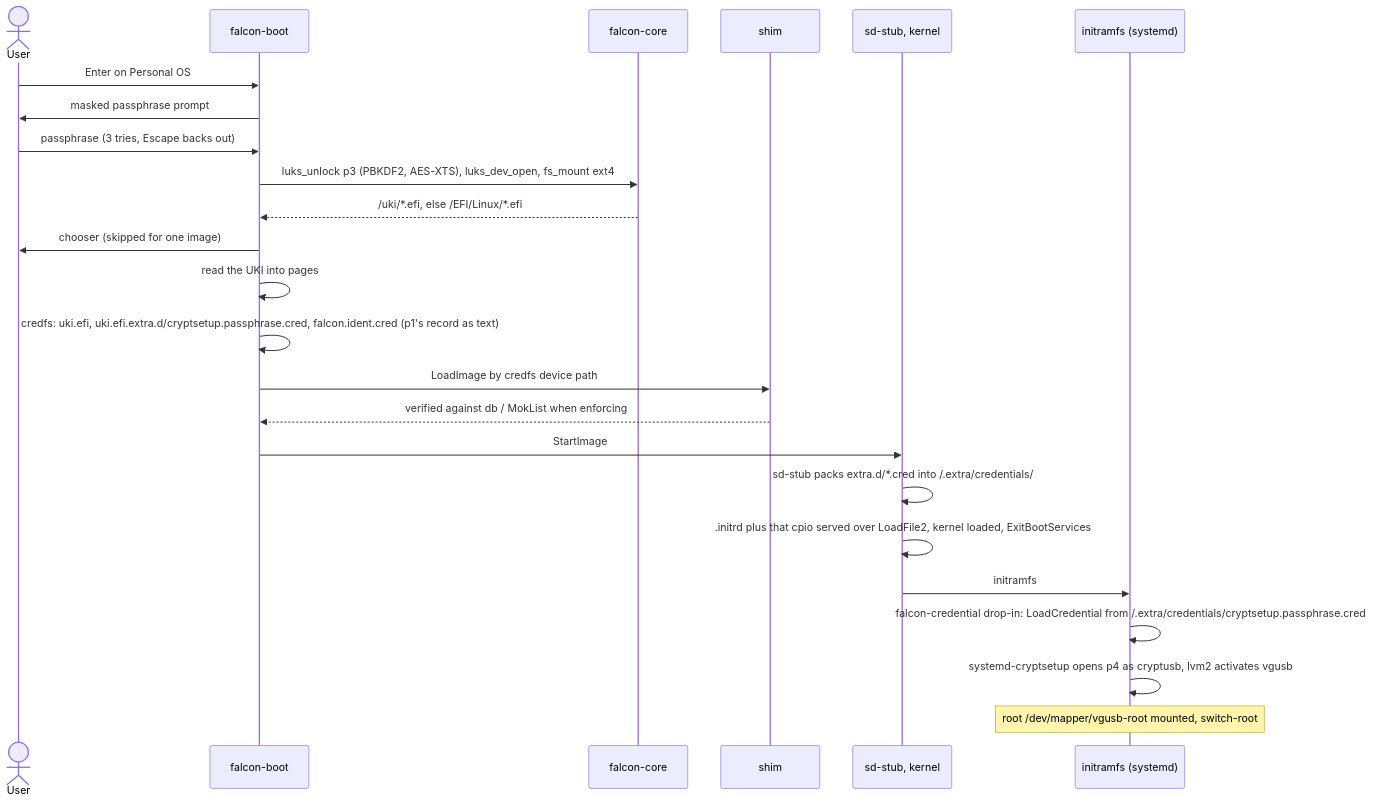
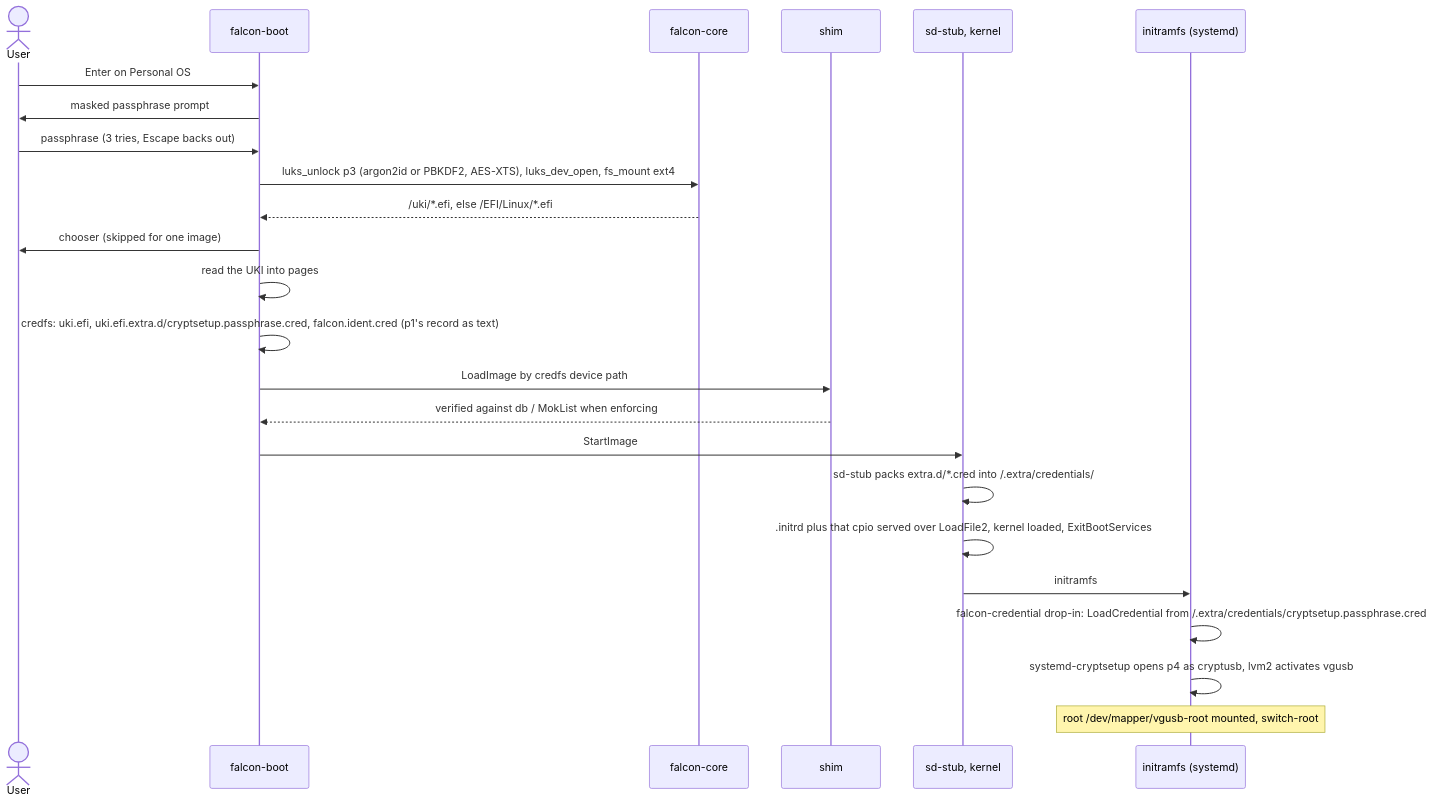
One commit to vifair22/falcon-boot changed the third of 24 diagrams in docs/DESIGN.md. Above: the diagram before and after it, drawn with Mermaid. The commit also changed other lines of this file and 3 other files, not shown here.

````diff
--- a/docs/DESIGN.md
+++ b/docs/DESIGN.md
@@ -2964,26 +2978,26 @@
 ```mermaid
 sequenceDiagram
     actor U as User
     participant L as falcon-boot
     participant FC as falcon-core
     participant S as shim
     participant K as sd-stub, kernel
     participant I as initramfs (systemd)
     U->>L: Enter on Personal OS
     L->>U: masked passphrase prompt
     U->>L: passphrase (3 tries, Escape backs out)
-    L->>FC: luks_unlock p3 (PBKDF2, AES-XTS), luks_dev_open, fs_mount ext4
+    L->>FC: luks_unlock p3 (argon2id or PBKDF2, AES-XTS), luks_dev_open, fs_mount ext4
     FC-->>L: /uki/*.efi, else /EFI/Linux/*.efi
     L->>U: chooser (skipped for one image)
     L->>L: read the UKI into pages
     L->>L: credfs: uki.efi, uki.efi.extra.d/cryptsetup.passphrase.cred, falcon.ident.cred (p1's record as text)
     L->>S: LoadImage by credfs device path
     S-->>L: verified against db / MokList when enforcing
     L->>K: StartImage
     K->>K: sd-stub packs extra.d/*.cred into /.extra/credentials/
     K->>K: .initrd plus that cpio served over LoadFile2, kernel loaded, ExitBootServices
     K->>I: initramfs
     I->>I: falcon-credential drop-in: LoadCredential from /.extra/credentials/cryptsetup.passphrase.cred
     I->>I: systemd-cryptsetup opens p4 as cryptusb, lvm2 activates vgusb
     Note over I: root /dev/mapper/vgusb-root mounted, switch-root
 ```
````
